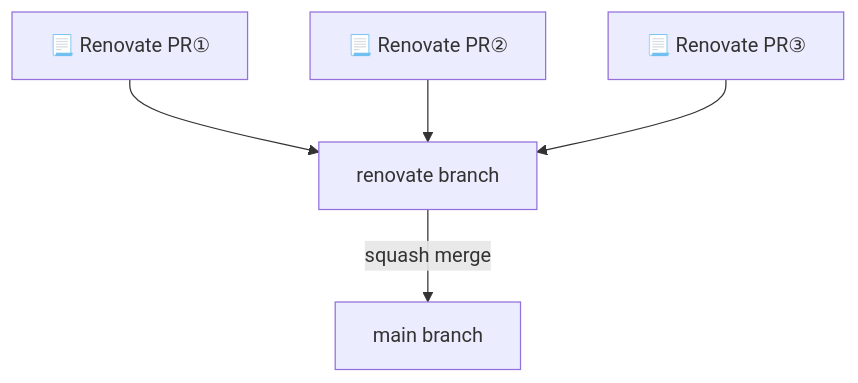
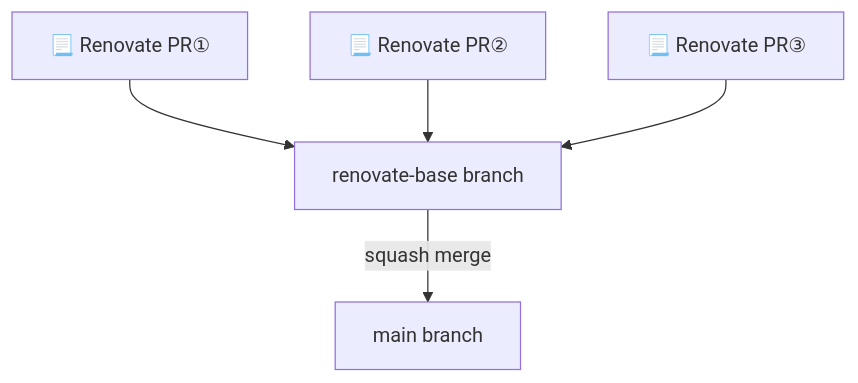
Before and after one commit to hidenorioka/site: the third of 3 diagrams in docs/FLOWS.md, drawn with Mermaid. The commit also changed other lines of this file and 1 other file, not shown here.

Commit message:
:memo: update docs

````diff
--- a/docs/FLOWS.md
+++ b/docs/FLOWS.md
@@ -26,12 +26,12 @@
 ```mermaid
   graph TD
     A[📃 Renovate PR①]
     B[📃 Renovate PR②]
     C[📃 Renovate PR③]
-    D[renovate branch]
+    D[renovate-base branch]
     E[main branch]
     A --> D
     B --> D
     C --> D
     D --> | squash merge | E
 ```
````
